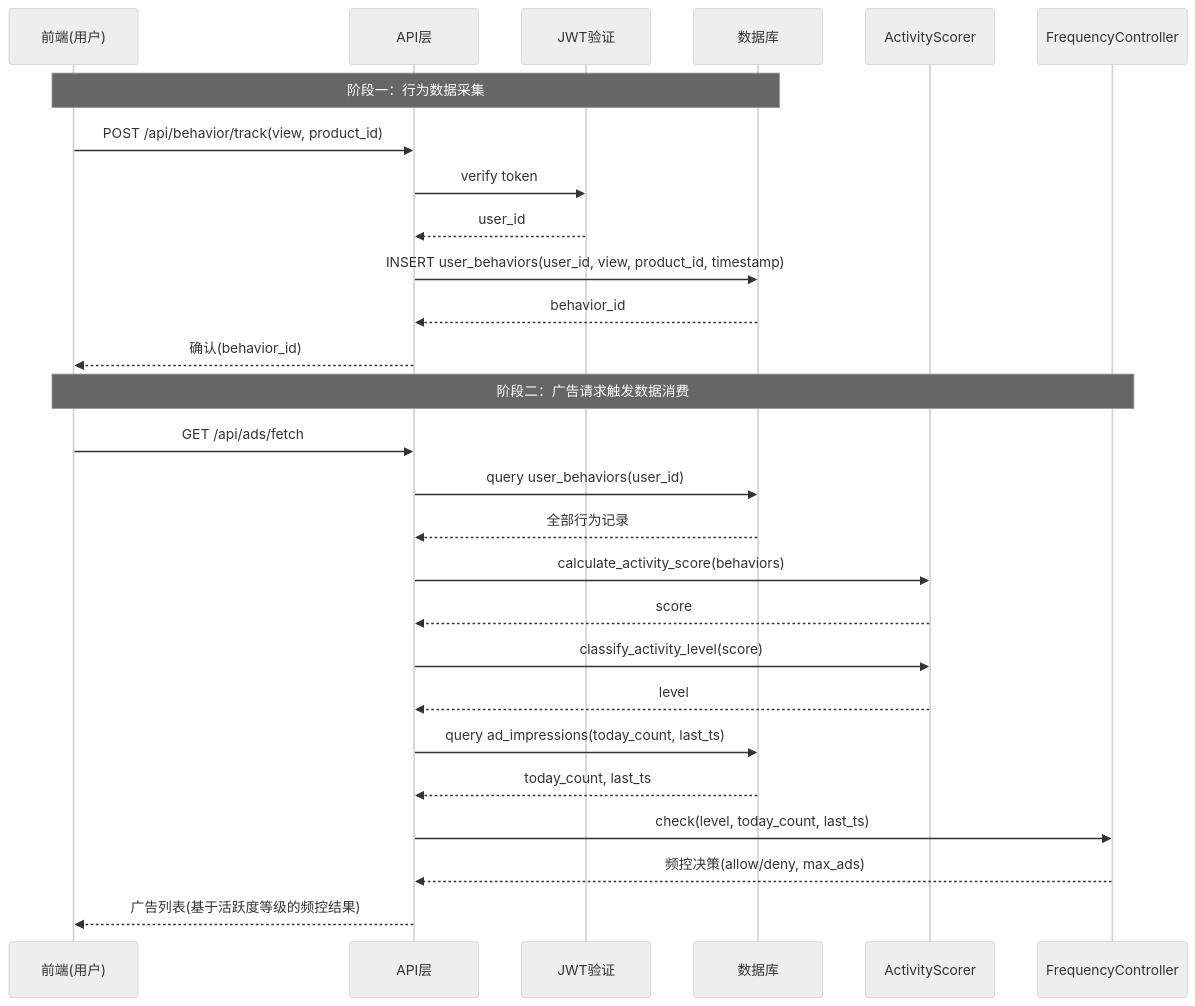
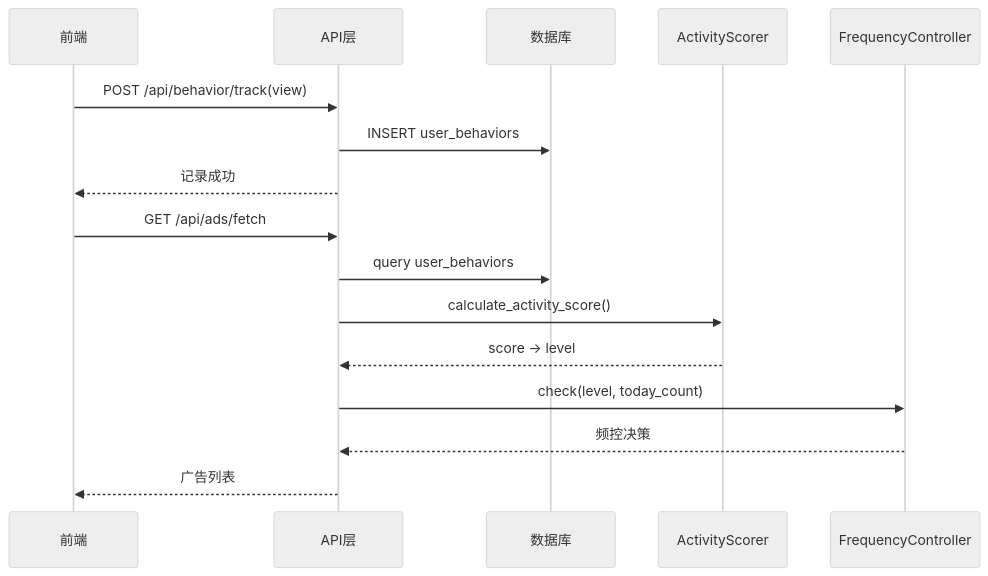
Before and after one commit to kun041011/ecommerce-ad-recommendation-system: diagram 13 of 13 in docs/figures.md, drawn with Mermaid (neutral theme). The commit also changed other lines of this file, not shown here.

First line of the commit message:
docs: simplify sequence diagrams 5-3, 5-5, 5-6

````diff
--- a/docs/figures.md
+++ b/docs/figures.md
@@ -338,31 +305,20 @@
 ```mermaid
 sequenceDiagram
-    participant 用户 as 前端(用户)
+    participant 用户 as 前端
     participant API as API层
-    participant JWT as JWT验证
     participant DB as 数据库
-    participant AS as ActivityScorer
+    participant Scorer as ActivityScorer
     participant FC as FrequencyController
 
-    Note over 用户, DB: 阶段一：行为数据采集
-    用户->>API: POST /api/behavior/track(view, product_id)
-    API->>JWT: verify token
-    JWT-->>API: user_id
-    API->>DB: INSERT user_behaviors(user_id, view, product_id, timestamp)
-    DB-->>API: behavior_id
-    API-->>用户: 确认(behavior_id)
+    用户->>API: POST /api/behavior/track(view)
+    API->>DB: INSERT user_behaviors
+    API-->>用户: 记录成功
 
-    Note over 用户, FC: 阶段二：广告请求触发数据消费
     用户->>API: GET /api/ads/fetch
-    API->>DB: query user_behaviors(user_id)
-    DB-->>API: 全部行为记录
-    API->>AS: calculate_activity_score(behaviors)
-    AS-->>API: score
-    API->>AS: classify_activity_level(score)
-    AS-->>API: level
-    API->>DB: query ad_impressions(today_count, last_ts)
-    DB-->>API: today_count, last_ts
-    API->>FC: check(level, today_count, last_ts)
-    FC-->>API: 频控决策(allow/deny, max_ads)
-    API-->>用户: 广告列表(基于活跃度等级的频控结果)
+    API->>DB: query user_behaviors
+    API->>Scorer: calculate_activity_score()
+    Scorer-->>API: score → level
+    API->>FC: check(level, today_count)
+    FC-->>API: 频控决策
+    API-->>用户: 广告列表
 ```
````
